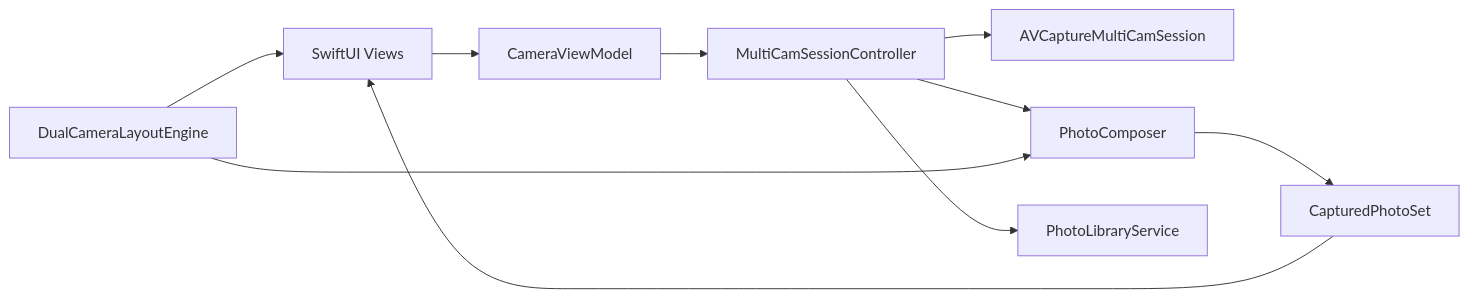
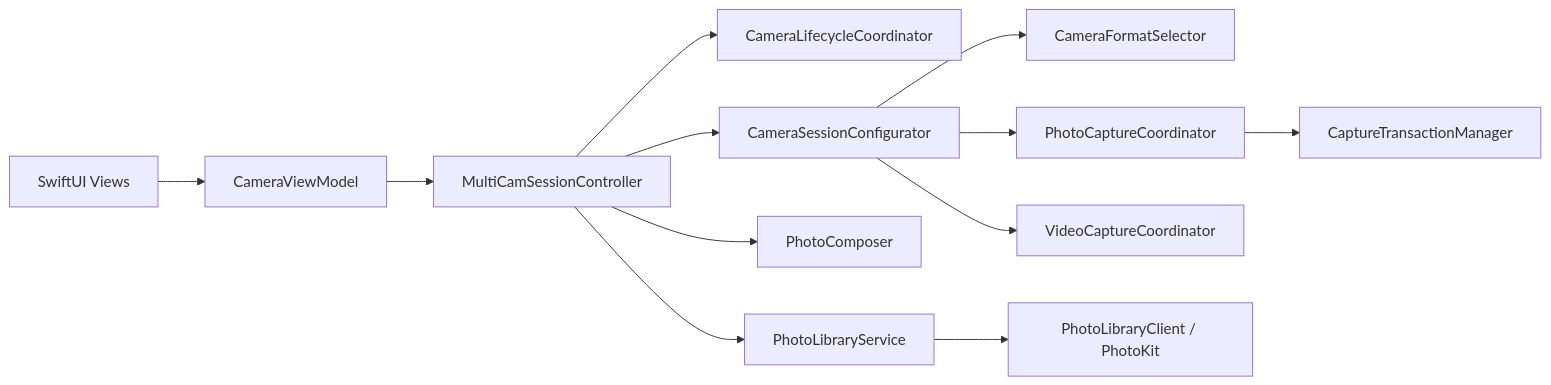
Before and after one commit to taoking/dual-camera-ios: the diagram in docs/architecture.md, drawn with Mermaid. The commit also changed other lines of this file and 47 other files, not shown here.

Commit message:
Harden dual-camera capture architecture

````diff
--- a/docs/architecture.md
+++ b/docs/architecture.md
@@ -5,12 +5,14 @@
 ```mermaid
 flowchart LR
   UI[SwiftUI Views] --> VM[CameraViewModel]
-  VM --> Session[MultiCamSessionController]
-  Session --> AV[AVCaptureMultiCamSession]
-  Session --> Composer[PhotoComposer]
-  Session --> Library[PhotoLibraryService]
-  Composer --> Review[CapturedPhotoSet]
-  Review --> UI
-  Layout[DualCameraLayoutEngine] --> UI
-  Layout --> Composer
+  VM --> SC[MultiCamSessionController]
+  SC --> LC[CameraLifecycleCoordinator]
+  SC --> CFG[CameraSessionConfigurator]
+  CFG --> FS[CameraFormatSelector]
+  CFG --> PC[PhotoCaptureCoordinator]
+  CFG --> VC[VideoCaptureCoordinator]
+  PC --> TM[CaptureTransactionManager]
+  SC --> Composer[PhotoComposer]
+  SC --> Library[PhotoLibraryService]
+  Library --> PK[PhotoLibraryClient / PhotoKit]
 ```
````
